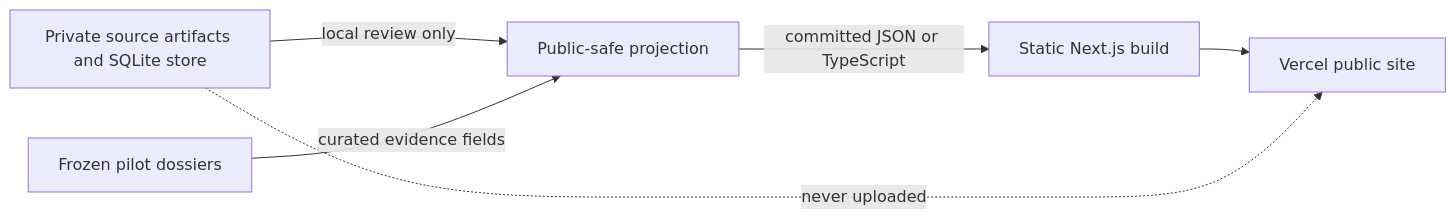
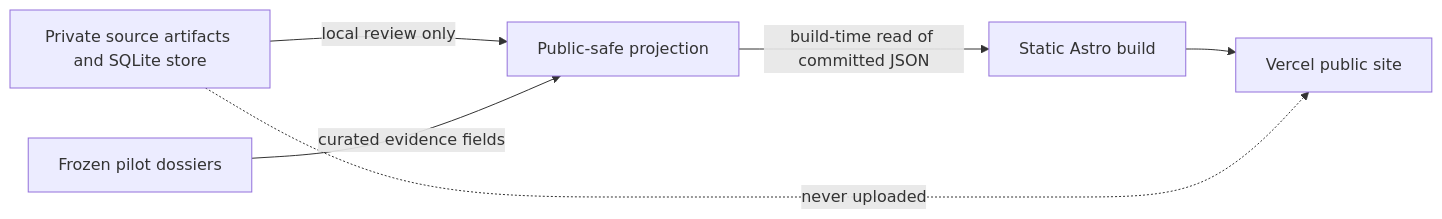
Before and after one commit to Gregjones1997/Berlin-Under-Construction: the diagram in docs/portfolio-pivot-plan.md, drawn with Mermaid. The commit also changed other lines of this file and 19 other files, not shown here.

````diff
--- a/docs/portfolio-pivot-plan.md
+++ b/docs/portfolio-pivot-plan.md
@@ -213,8 +213,8 @@
 ```mermaid
 flowchart LR
     A["Private source artifacts and SQLite store"] -->|"local review only"| B["Public-safe projection"]
     C["Frozen pilot dossiers"] -->|"curated evidence fields"| B
-    B -->|"committed JSON or TypeScript"| D["Static Next.js build"]
+    B -->|"build-time read of committed JSON"| D["Static Astro build"]
     D --> E["Vercel public site"]
     A -. "never uploaded" .-> E
 ```
````
